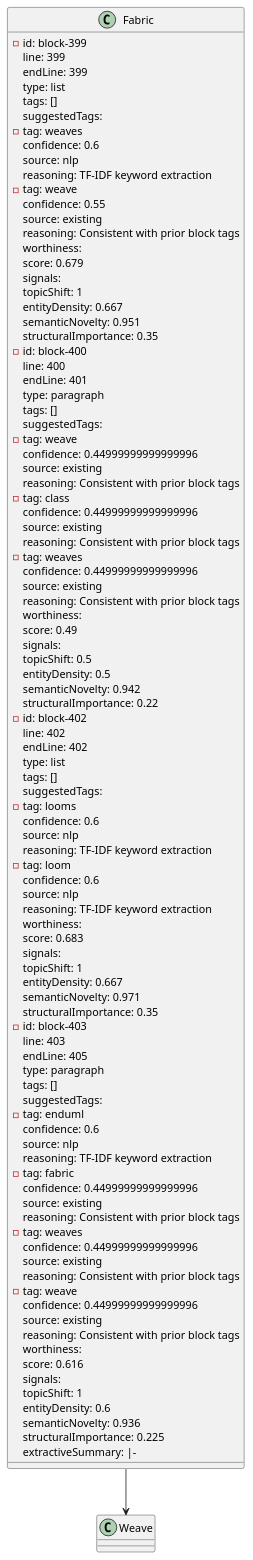
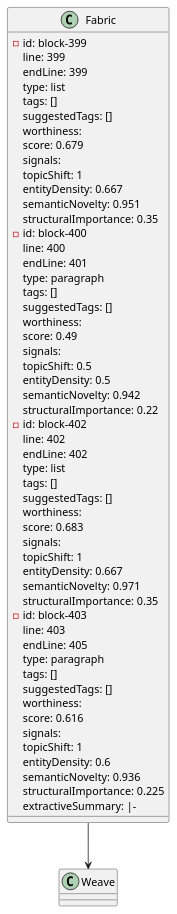
Before and after one commit to framersai/codex: the diagram in weaves/wiki/tutorials/markdown-features.md, drawn with PlantUML. The commit also changed other lines of this file and 16 other files, not shown here.

```diff
--- a/weaves/wiki/tutorials/markdown-features.md
+++ b/weaves/wiki/tutorials/markdown-features.md
@@ -2799,15 +1694,7 @@
     endLine: 399
     type: list
     tags: []
-    suggestedTags:
-      - tag: weaves
-        confidence: 0.6
-        source: nlp
-        reasoning: TF-IDF keyword extraction
-      - tag: weave
-        confidence: 0.55
-        source: existing
-        reasoning: Consistent with prior block tags
+    suggestedTags: []
     worthiness:
       score: 0.679
       signals:
@@ -2820,19 +1707,7 @@
     endLine: 401
     type: paragraph
     tags: []
-    suggestedTags:
-      - tag: weave
-        confidence: 0.44999999999999996
-        source: existing
-        reasoning: Consistent with prior block tags
-      - tag: class
-        confidence: 0.44999999999999996
-        source: existing
-        reasoning: Consistent with prior block tags
-      - tag: weaves
-        confidence: 0.44999999999999996
-        source: existing
-        reasoning: Consistent with prior block tags
+    suggestedTags: []
     worthiness:
       score: 0.49
       signals:
@@ -2845,15 +1720,7 @@
     endLine: 402
     type: list
     tags: []
-    suggestedTags:
-      - tag: looms
-        confidence: 0.6
-        source: nlp
-        reasoning: TF-IDF keyword extraction
-      - tag: loom
-        confidence: 0.6
-        source: nlp
-        reasoning: TF-IDF keyword extraction
+    suggestedTags: []
     worthiness:
       score: 0.683
       signals:
@@ -2866,23 +1733,7 @@
     endLine: 405
     type: paragraph
     tags: []
-    suggestedTags:
-      - tag: enduml
-        confidence: 0.6
-        source: nlp
-        reasoning: TF-IDF keyword extraction
-      - tag: fabric
-        confidence: 0.44999999999999996
-        source: existing
-        reasoning: Consistent with prior block tags
-      - tag: weaves
-        confidence: 0.44999999999999996
-        source: existing
-        reasoning: Consistent with prior block tags
-      - tag: weave
-        confidence: 0.44999999999999996
-        source: existing
-        reasoning: Consistent with prior block tags
+    suggestedTags: []
     worthiness:
       score: 0.616
       signals:
```
